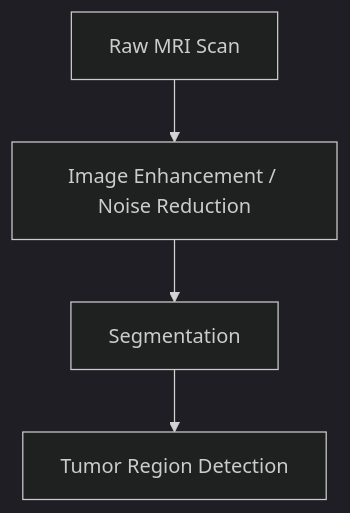
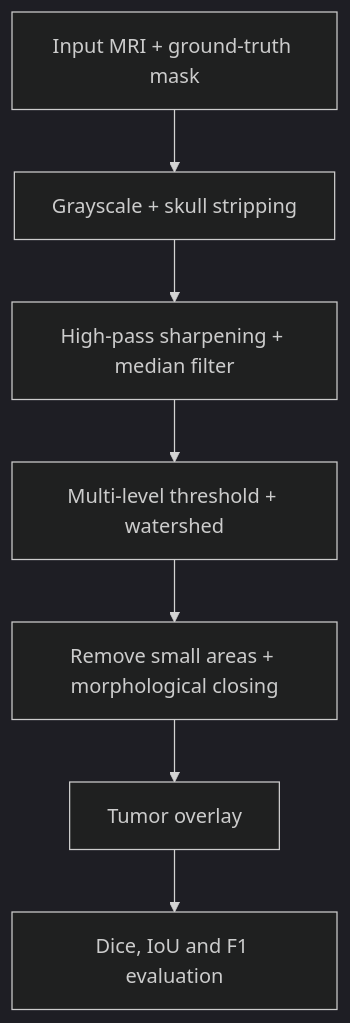
The diagram in content/work/projects/brain-tumor-detection-mri.md (JubayerONROB/JubayerONROB.github.io), drawn with Mermaid (dark theme) before and after one commit. The commit also changed other lines of this file and 4 other files, not shown here.

````diff
--- a/content/work/projects/brain-tumor-detection-mri.md
+++ b/content/work/projects/brain-tumor-detection-mri.md
@@ -29,6 +29,9 @@
 ```mermaid
 flowchart TD
-    A[Raw MRI Scan] --> B[Image Enhancement / Noise Reduction]
-    B --> C[Segmentation]
-    C --> D[Tumor Region Detection]
+    A[Input MRI + ground-truth mask] --> B[Grayscale + skull stripping]
+    B --> C[High-pass sharpening + median filter]
+    C --> D[Multi-level threshold + watershed]
+    D --> E[Remove small areas + morphological closing]
+    E --> F[Tumor overlay]
+    F --> G[Dice, IoU and F1 evaluation]
 ```
````
